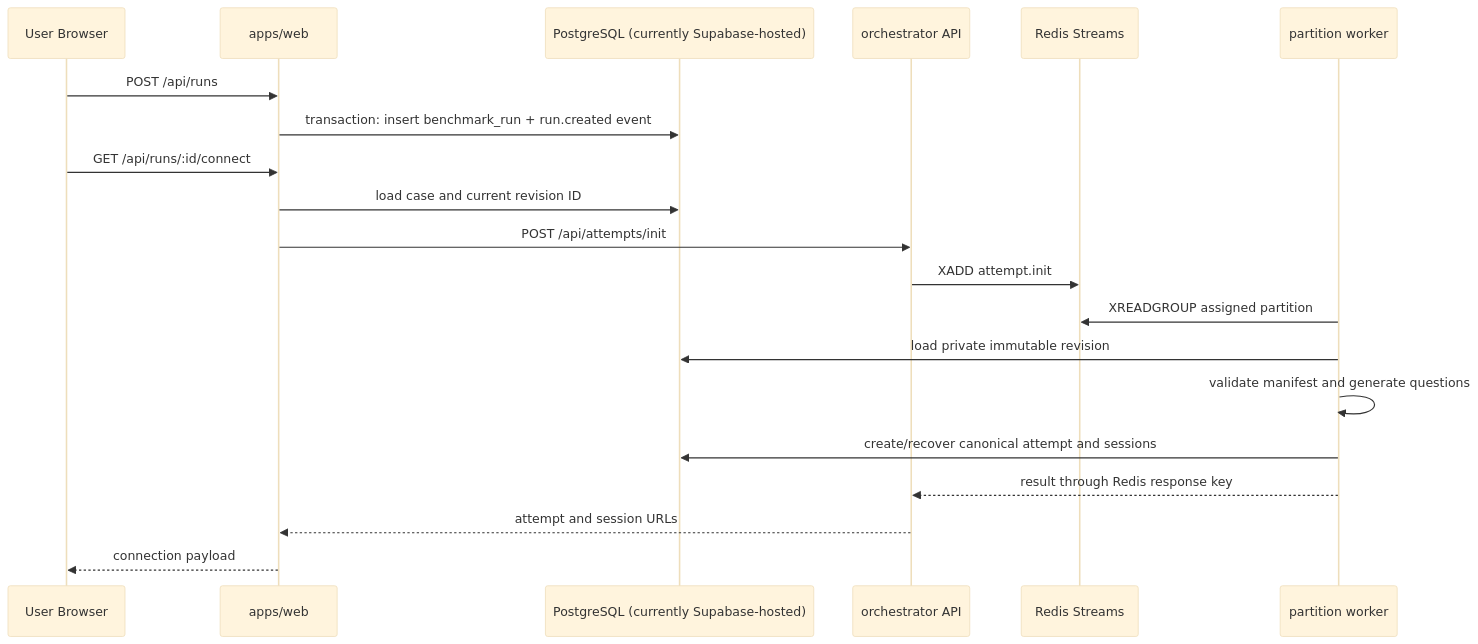
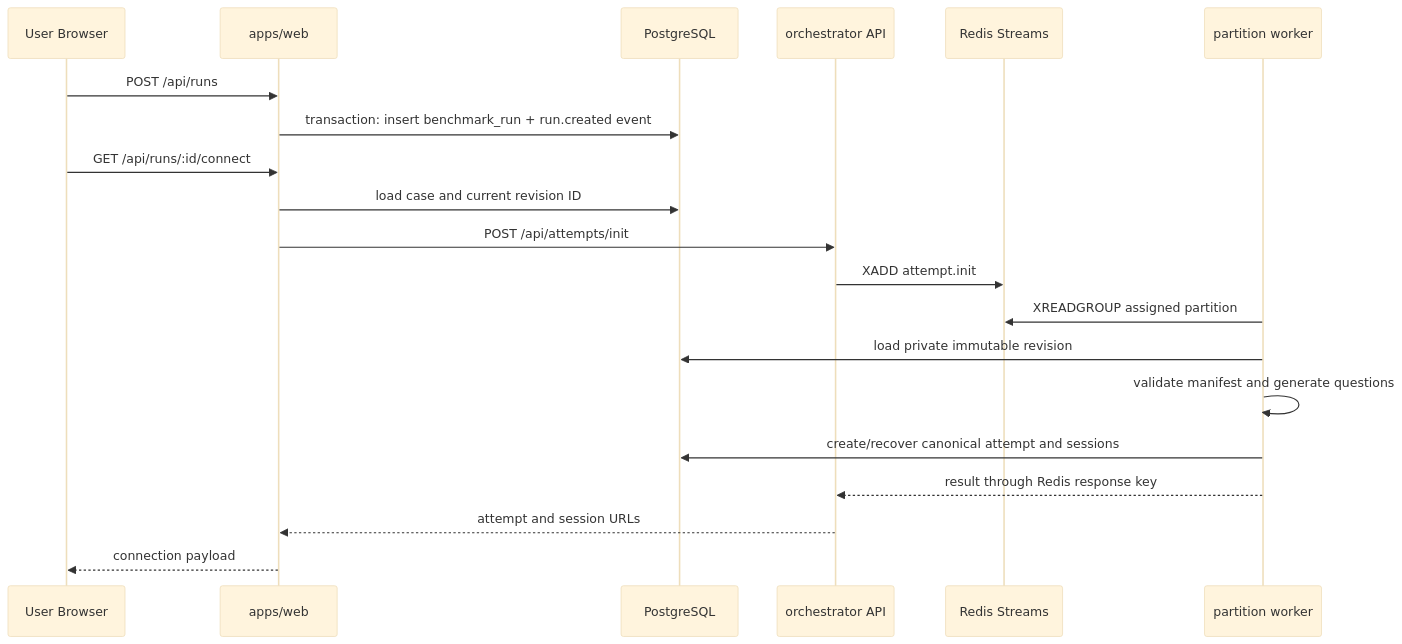
The first of 5 diagrams in docs/data-flow.md (Kaiwen0418/agent-benchmark), drawn with Mermaid (base theme) before and after one commit. The commit also changed other lines of this file and 1 other file, not shown here.

````diff
--- a/docs/data-flow.md
+++ b/docs/data-flow.md
@@ -7,23 +7,23 @@
 ```mermaid
 sequenceDiagram
   participant U as User Browser
   participant W as apps/web
-  participant D as PostgreSQL (currently Supabase-hosted)
+  participant D as PostgreSQL
   participant A as orchestrator API
   participant R as Redis Streams
   participant K as partition worker
 
   U->>W: POST /api/runs
   W->>D: transaction: insert benchmark_run + run.created event
   U->>W: GET /api/runs/:id/connect
   W->>D: load case and current revision ID
   W->>A: POST /api/attempts/init
   A->>R: XADD attempt.init
   K->>R: XREADGROUP assigned partition
   K->>D: load private immutable revision
   K->>K: validate manifest and generate questions
   K->>D: create/recover canonical attempt and sessions
   K-->>A: result through Redis response key
   A-->>W: attempt and session URLs
   W-->>U: connection payload
 ```
````
